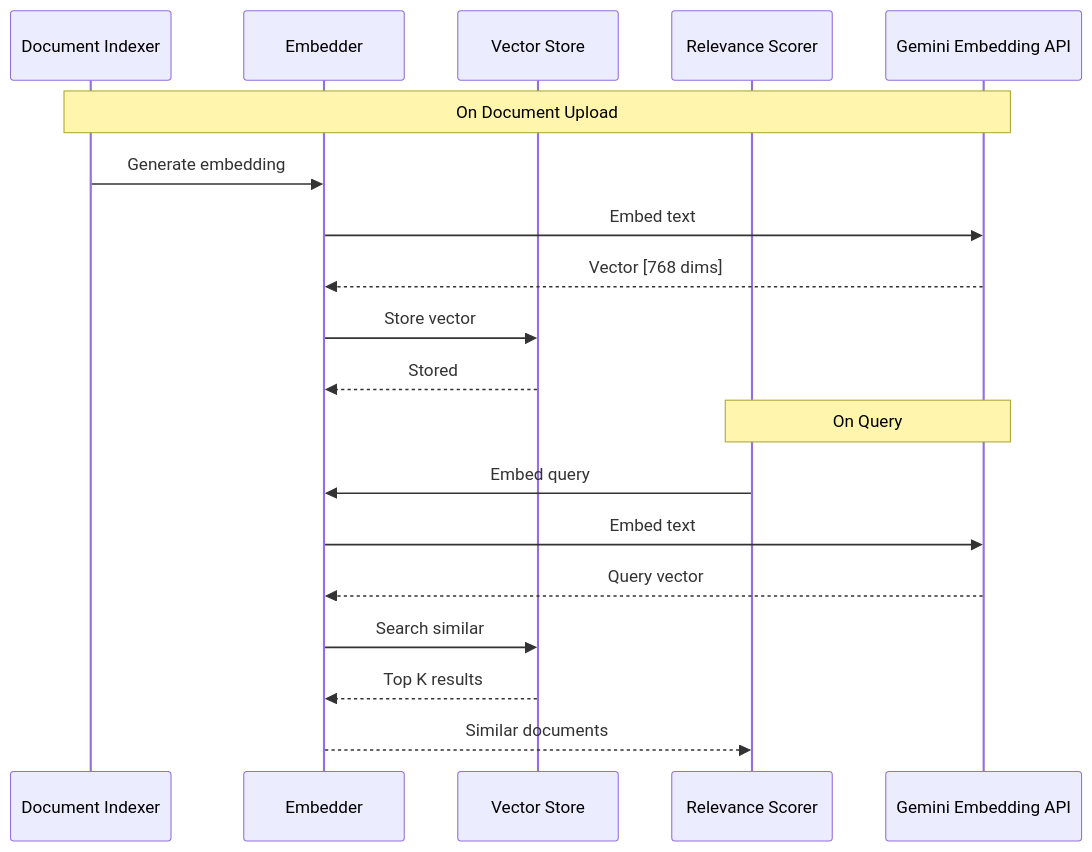
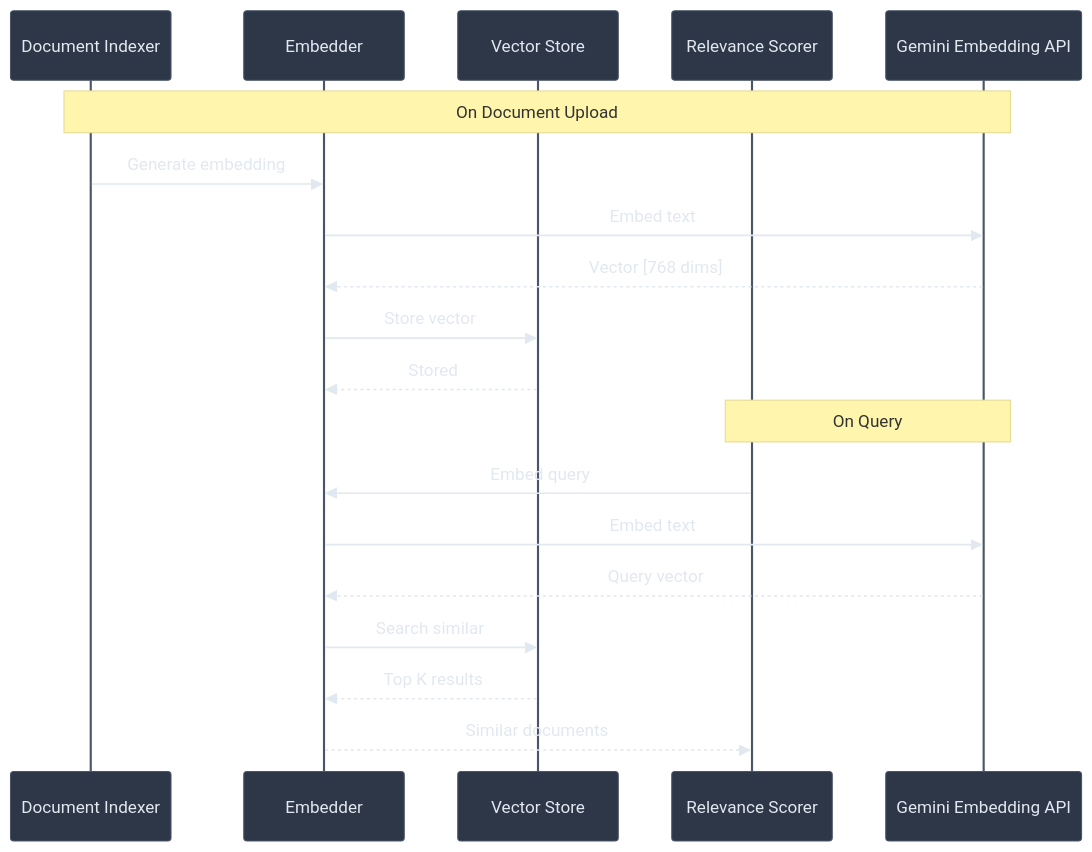
Diagram 15 of 22 in chat_context/chat_context.md (manumishra-zm/execution_plan), drawn with Mermaid before and after one commit. The commit also changed other lines of this file, not shown here.

````diff
--- a/chat_context/chat_context.md
+++ b/chat_context/chat_context.md
@@ -653,23 +678,24 @@
 ```mermaid
+%%{init: {'theme': 'base', 'themeVariables': { 'primaryColor': '#4a5568', 'primaryTextColor': '#e2e8f0', 'lineColor': '#a0aec0', 'actorTextColor': '#e2e8f0', 'actorBkg': '#2d3748', 'actorBorder': '#4a5568'}}}%%
 sequenceDiagram
     participant IDX as Document Indexer
     participant EMB as Embedder
     participant VS as Vector Store
     participant RS as Relevance Scorer
     participant API as Gemini Embedding API
 
     Note over IDX,API: On Document Upload
     IDX->>EMB: Generate embedding
     EMB->>API: Embed text
     API-->>EMB: Vector [768 dims]
     EMB->>VS: Store vector
     VS-->>EMB: Stored
 
     Note over RS,API: On Query
     RS->>EMB: Embed query
     EMB->>API: Embed text
     API-->>EMB: Query vector
     EMB->>VS: Search similar
     VS-->>EMB: Top K results
     EMB-->>RS: Similar documents
 ```
````
